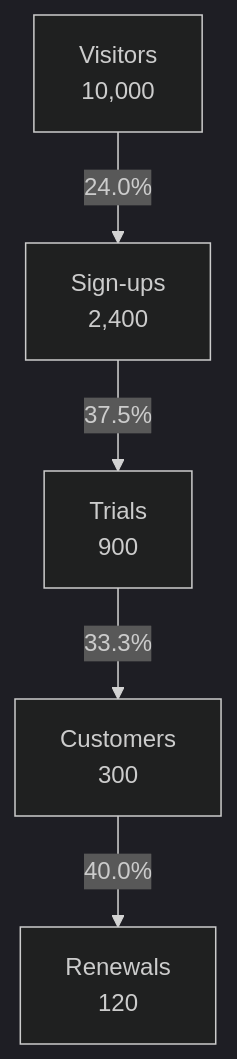
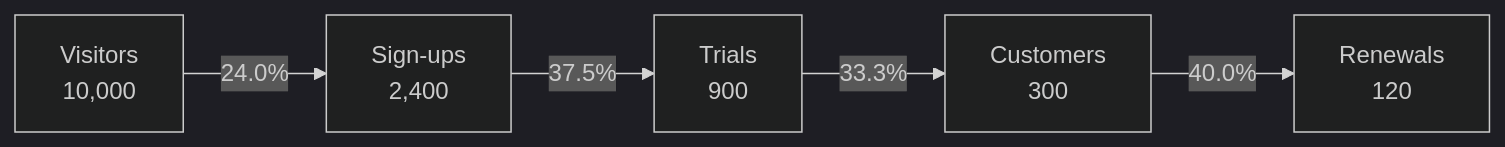
Before and after one commit to vrevolverrr/vicher: the diagram in eval/figure/generated/haiku/b-funnel.md, drawn with Mermaid (dark theme). The commit also changed other lines of this file and 145 other files, not shown here.

First line of the commit message:
fix(figure): renderer defects found in the figure rating (#14)

````diff
--- a/eval/figure/generated/haiku/b-funnel.md
+++ b/eval/figure/generated/haiku/b-funnel.md
@@ -1,7 +11,7 @@
 ```mermaid
-flowchart TD
-    V["Visitors<br/>10,000"] -->|"24.0%"| S["Sign-ups<br/>2,400"]
-    S -->|"37.5%"| T["Trials<br/>900"]
-    T -->|"33.3%"| C["Customers<br/>300"]
-    C -->|"40.0%"| R["Renewals<br/>120"]
+flowchart LR
+  A["Visitors<br/>10,000"] -->|"24.0%"| B["Sign-ups<br/>2,400"]
+  B -->|"37.5%"| C["Trials<br/>900"]
+  C -->|"33.3%"| D["Customers<br/>300"]
+  D -->|"40.0%"| E["Renewals<br/>120"]
 ```
````
